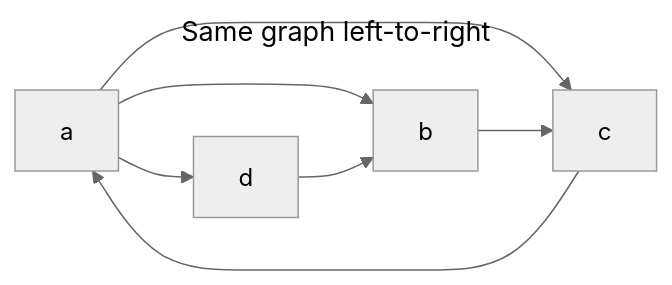
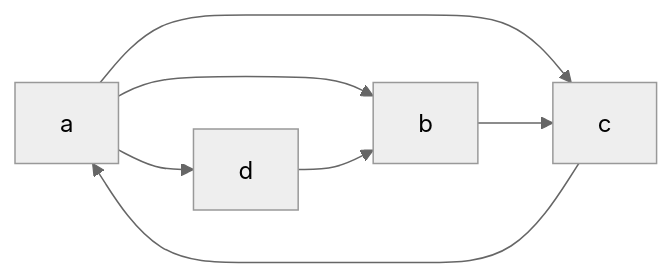
One commit to SilentVis/GoalsTracker changed the third of 4 diagrams in docs/index.md. Above: the diagram before and after it, drawn with Mermaid (neutral theme). The commit also changed other lines of this file, not shown here.

Commit message:
more mermaid

````diff
--- a/docs/index.md
+++ b/docs/index.md
@@ -47,13 +44,10 @@
 ```mermaid
----
-title: Same graph left-to-right
----
 graph LR
  a --> b
  a --> c
  a --> d 
 
  b --> c
  c --> a
  d --> b
 ```
````
